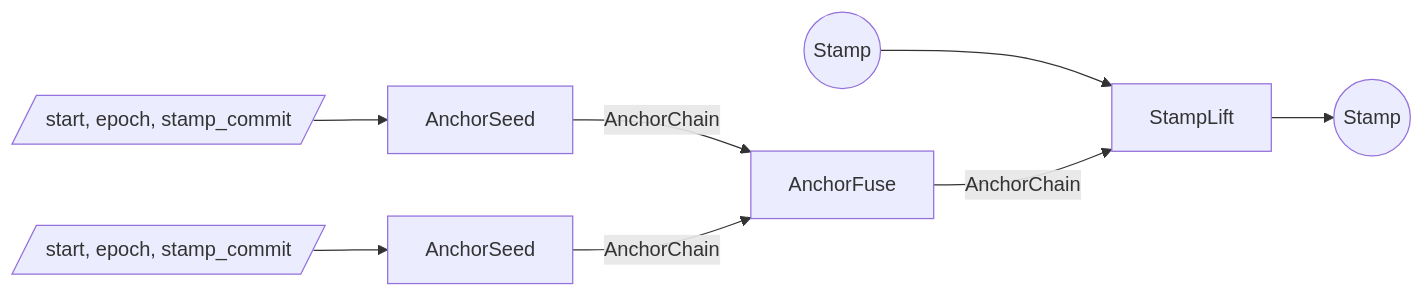
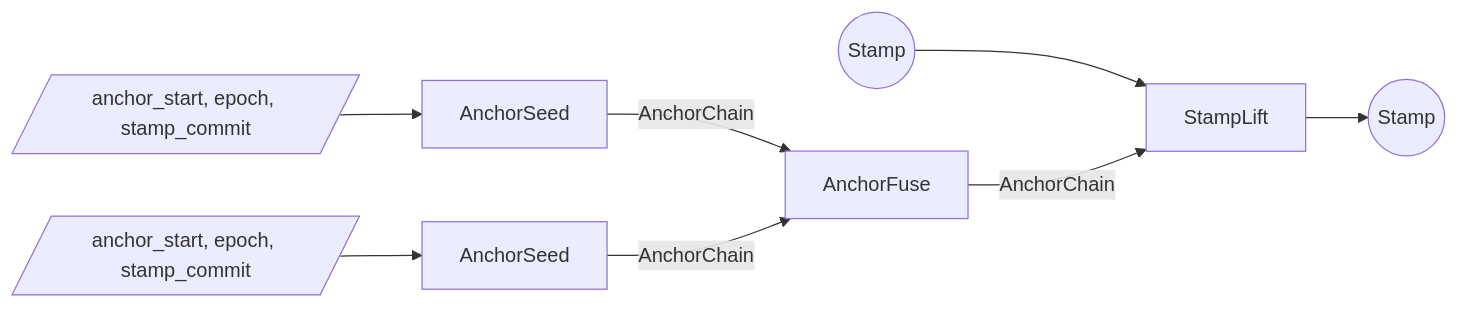
Before and after one commit to tachyon-zcash/tachyon: the second of 3 diagrams in book/src/proof-tree.md, drawn with Mermaid. The commit also changed other lines of this file and 21 other files, not shown here.

````diff
--- a/book/src/proof-tree.md
+++ b/book/src/proof-tree.md
@@ -376,19 +376,19 @@
 ```mermaid
 flowchart LR
   sh_in((Stamp))
-  w_seed[/start, epoch, stamp_commit/]
+  w_seed[/anchor_start, epoch, stamp_commit/]
   s_seed[AnchorSeed]
-  w_next[/start, epoch, stamp_commit/]
+  w_next[/anchor_start, epoch, stamp_commit/]
   s_next[AnchorSeed]
   s_fuse[AnchorFuse]
   s_lift[StampLift]
   sh_out((Stamp))
 
   w_seed --> s_seed
   w_next --> s_next
   s_seed -->|AnchorChain| s_fuse
   s_next -->|AnchorChain| s_fuse
   sh_in --> s_lift
   s_fuse -->|AnchorChain| s_lift
   s_lift --> sh_out
 ```
````
